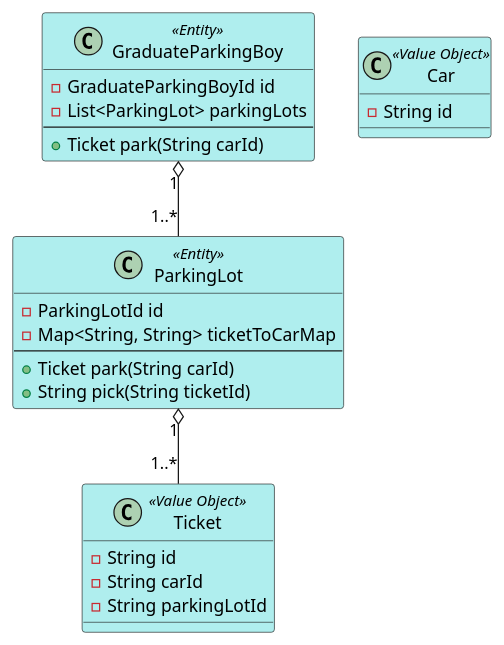
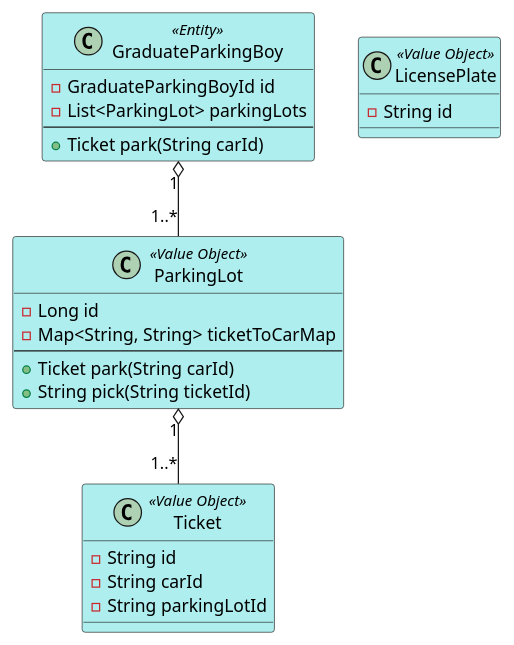
Before and after one commit to gitqh/parking-lot-ddd-workshop: the diagram in uml/parkinglot.puml, drawn with PlantUML. The commit also changed 30 other files, not shown here.

```diff
--- a/uml/parkinglot.puml
+++ b/uml/parkinglot.puml
@@ -1,37 +1,37 @@
 @startuml parkinglot
 skinparam Shadowing false
 skinparam class {
     BackgroundColor PaleTurquoise 
     ArrowCollor SeaGreen
-}
-
-class ParkingLot <<Entity>> {
-    -ParkingLotId id
-    -Map<String, String> ticketToCarMap
-    --
-    +Ticket park(String carId)
-    +String pick(String ticketId)
 }
 
 class GraduateParkingBoy <<Entity>> {
     -GraduateParkingBoyId id
     -List<ParkingLot> parkingLots
     --
     +Ticket park(String carId)
 }
 
+class ParkingLot <<Value Object>> {
+    -Long id
+    -Map<String, String> ticketToCarMap
+    --
+    +Ticket park(String carId)
+    +String pick(String ticketId)
+}
+
 class Ticket <<Value Object>> {
     -String id
     -String carId
     -String parkingLotId
 }
 
-class Car <<Value Object>> {
+class LicensePlate <<Value Object>> {
     -String id
 }
 
 ParkingLot "1" o-- "1..*" Ticket
 GraduateParkingBoy "1" o-- "1..*" ParkingLot
 
 
 @enduml
```
